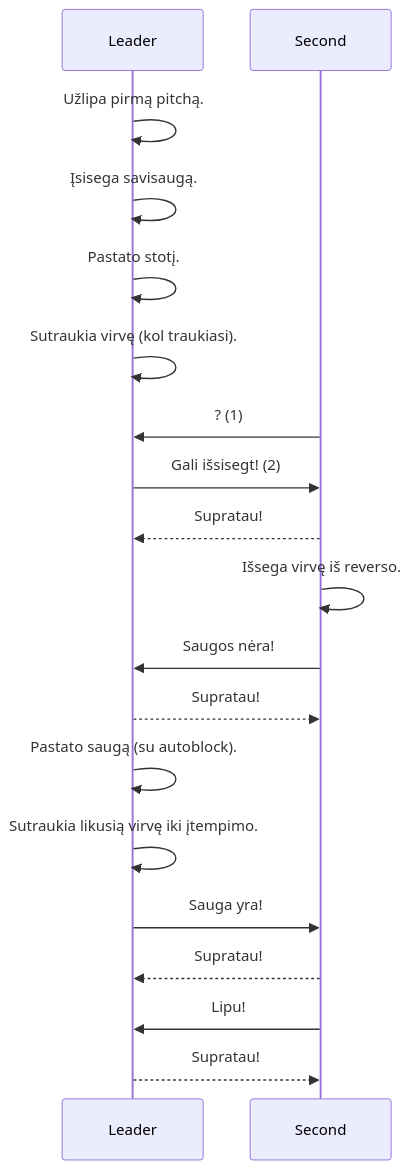
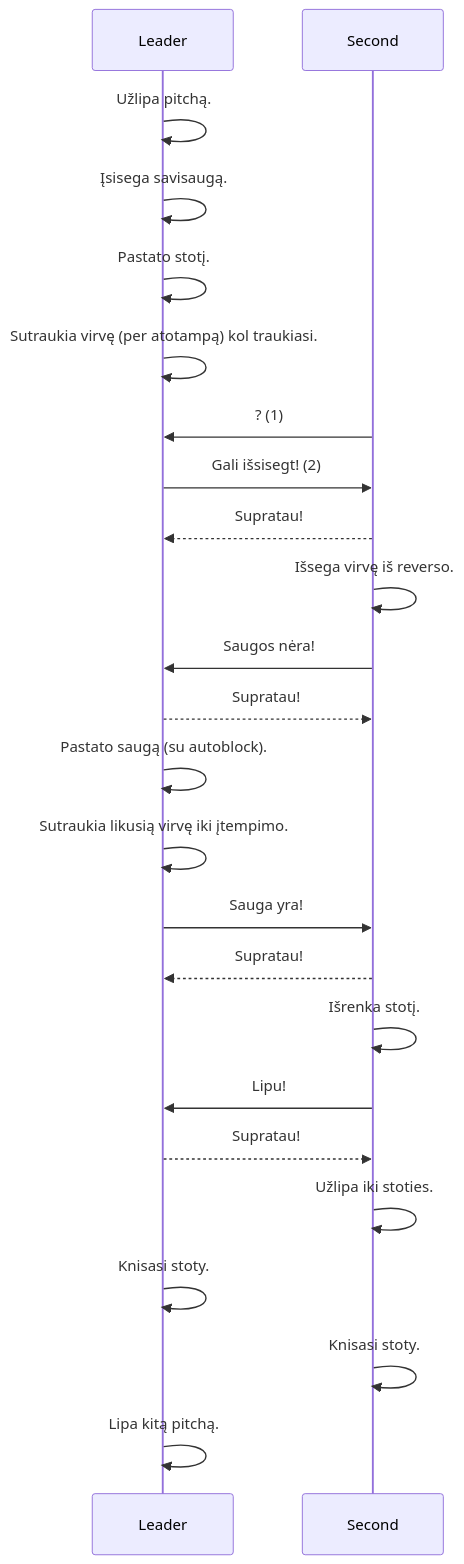
Before and after one commit to vzurauskas/multipitch: the diagram in README.md, drawn with Mermaid. The commit also changed other lines of this file, not shown here.

````diff
--- a/README.md
+++ b/README.md
@@ -4,20 +4,25 @@
 ```mermaid
 sequenceDiagram
-    Leader ->> Leader: Užlipa pirmą pitchą.
+    Leader ->> Leader: Užlipa pitchą.
     Leader ->> Leader: Įsisega savisaugą.
     Leader ->> Leader: Pastato stotį.
-    Leader ->> Leader: Sutraukia virvę (kol traukiasi).
+    Leader ->> Leader: Sutraukia virvę (per atotampą) kol traukiasi.
     Second ->> Leader: ? (1)
     Leader ->> Second: Gali išsisegt! (2)
     Second -->> Leader: Supratau!
     Second ->> Second: Išsega virvę iš reverso.
     Second ->> Leader: Saugos nėra!
     Leader -->> Second: Supratau!
     Leader ->> Leader: Pastato saugą (su autoblock).
     Leader ->> Leader: Sutraukia likusią virvę iki įtempimo.
     Leader ->> Second: Sauga yra!
     Second -->> Leader: Supratau!
+    Second ->> Second: Išrenka stotį.
     Second ->> Leader: Lipu!
     Leader -->> Second: Supratau!
+    Second ->> Second: Užlipa iki stoties.
+    Leader ->> Leader: Knisasi stoty.
+    Second ->> Second: Knisasi stoty.
+    Leader ->> Leader: Lipa kitą pitchą.
     
 ```
````
